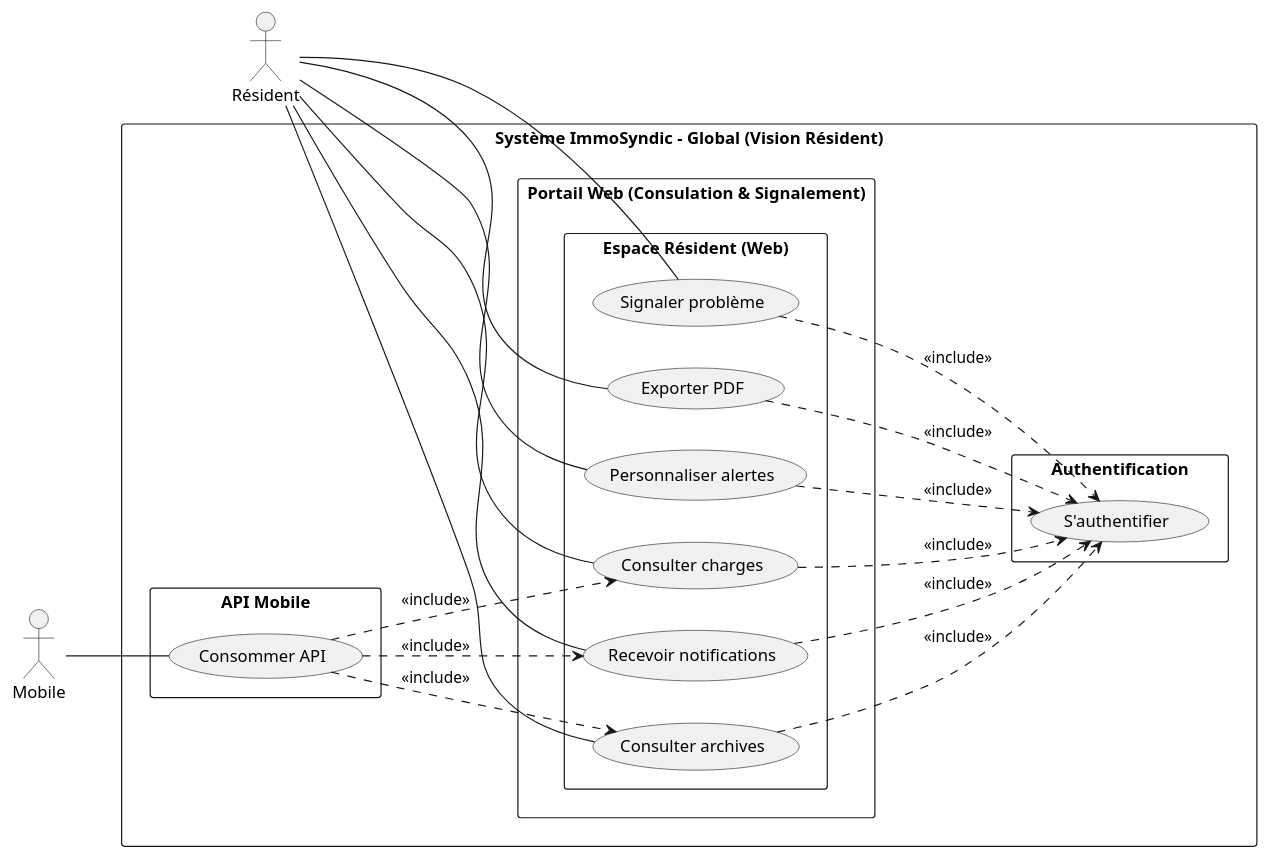
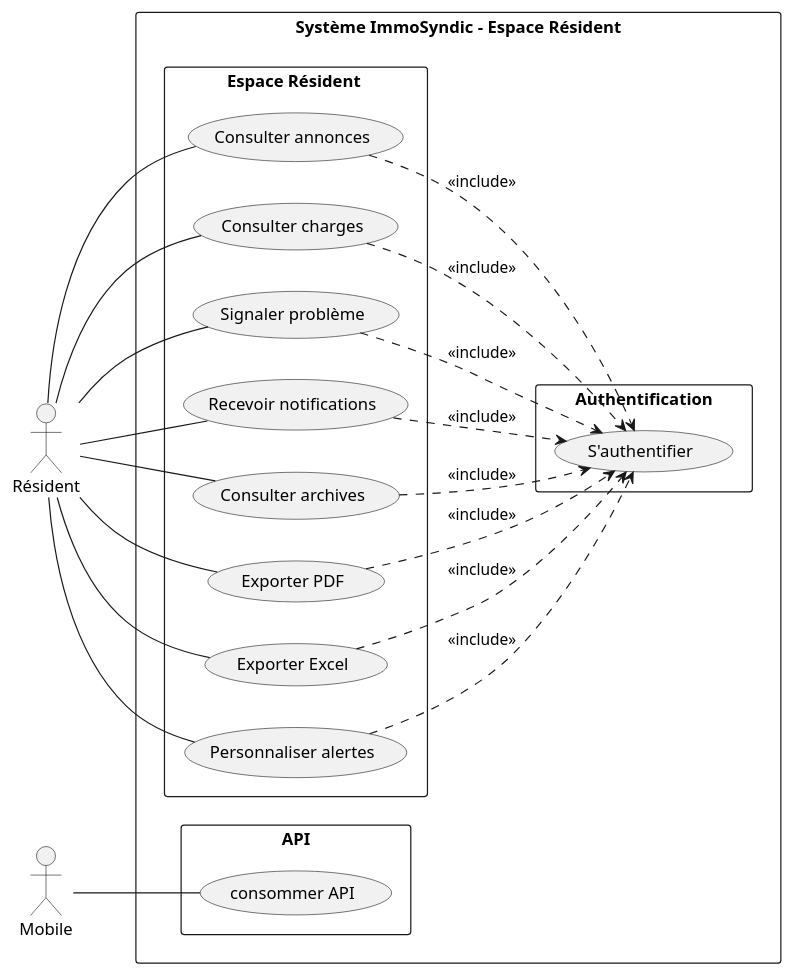
One commit to fadna-lakhouchen/Projet-finale changed the diagram in analyse/ideation/cas_utilisation/diagramme_global/use_case_global_resident.puml. Above: the diagram before and after it, drawn with PlantUML. The commit also changed 27 other files, not shown here.

```diff
--- a/analyse/ideation/cas_utilisation/diagramme_global/use_case_global_resident.puml
+++ b/analyse/ideation/cas_utilisation/diagramme_global/use_case_global_resident.puml
@@ -1,53 +1,54 @@
 @startuml ImmoSyndic_Global_Resident
 left to right direction
 skinparam packageStyle rectangle
 skinparam shadowing false
 
 actor "Résident" as Resident
 actor "Mobile" as Mobile
 
-rectangle "Système ImmoSyndic - Global (Vision Résident)" {
+rectangle "Système ImmoSyndic - Espace Résident" {
 
   package "Authentification" {
     usecase "S'authentifier" as Auth
   }
 
-  package "Portail Web (Consulation & Signalement)" {
-    package "Espace Résident (Web)" {
-      usecase "Consulter charges" as ViewChargesWeb
-      usecase "Signaler problème" as ReportIssueWeb
-      usecase "Recevoir notifications" as GetNotifsWeb
-      usecase "Consulter archives" as ViewArchivesWeb
-      usecase "Exporter PDF" as ExportPDFWeb
-      usecase "Personnaliser alertes" as SetAlertsWeb
+  package "Espace Résident " {
 
-      ViewChargesWeb ..> Auth : <<include>>
-      ReportIssueWeb ..> Auth : <<include>>
-      GetNotifsWeb ..> Auth : <<include>>
-      ViewArchivesWeb ..> Auth : <<include>>
-      ExportPDFWeb ..> Auth : <<include>>
-      SetAlertsWeb ..> Auth : <<include>>
-    }
+    usecase "Consulter charges" as ViewCharges
+    usecase "Signaler problème" as ReportIssue
+    usecase "Recevoir notifications" as GetNotifs
+    usecase "Consulter archives" as ViewArchives
+    usecase "Exporter PDF" as ExportPDF
+    usecase "Exporter Excel" as ExportExcel
+    usecase "Personnaliser alertes" as SetAlerts
+    usecase "Consulter annonces" as ViewNews
+
+    ViewCharges ..> Auth : <<include>>
+    ReportIssue ..> Auth : <<include>>
+    GetNotifs ..> Auth : <<include>>
+    ViewArchives ..> Auth : <<include>>
+    ExportPDF ..> Auth : <<include>>
+    ExportExcel ..> Auth : <<include>>
+    SetAlerts ..> Auth : <<include>>
+    ViewNews ..> Auth : <<include>>
   }
 
-  package "API Mobile" {
-    usecase "Consommer API" as ConsumeAPI
-    
-    ConsumeAPI ..> ViewChargesWeb : <<include>>
-    ConsumeAPI ..> GetNotifsWeb : <<include>>
-    ConsumeAPI ..> ViewArchivesWeb : <<include>>
+  package "API" {
+    usecase "consommer API" as ProvideAPI
   }
 }
 
-' Web Connections
-Resident -- ViewChargesWeb
-Resident -- ReportIssueWeb
-Resident -- GetNotifsWeb
-Resident -- ViewArchivesWeb
-Resident -- ExportPDFWeb
-Resident -- SetAlertsWeb
+' Résident utilise web
+Resident -- ViewCharges
+Resident -- ReportIssue
+Resident -- GetNotifs
+Resident -- ViewArchives
+Resident -- ExportPDF
+Resident -- ExportExcel
+Resident -- SetAlerts
+Resident -- ViewNews
 
-' Mobile Connections
-Mobile -- ConsumeAPI
+' Mobile consomme API
+Mobile -- ProvideAPI
 
 @enduml
```
